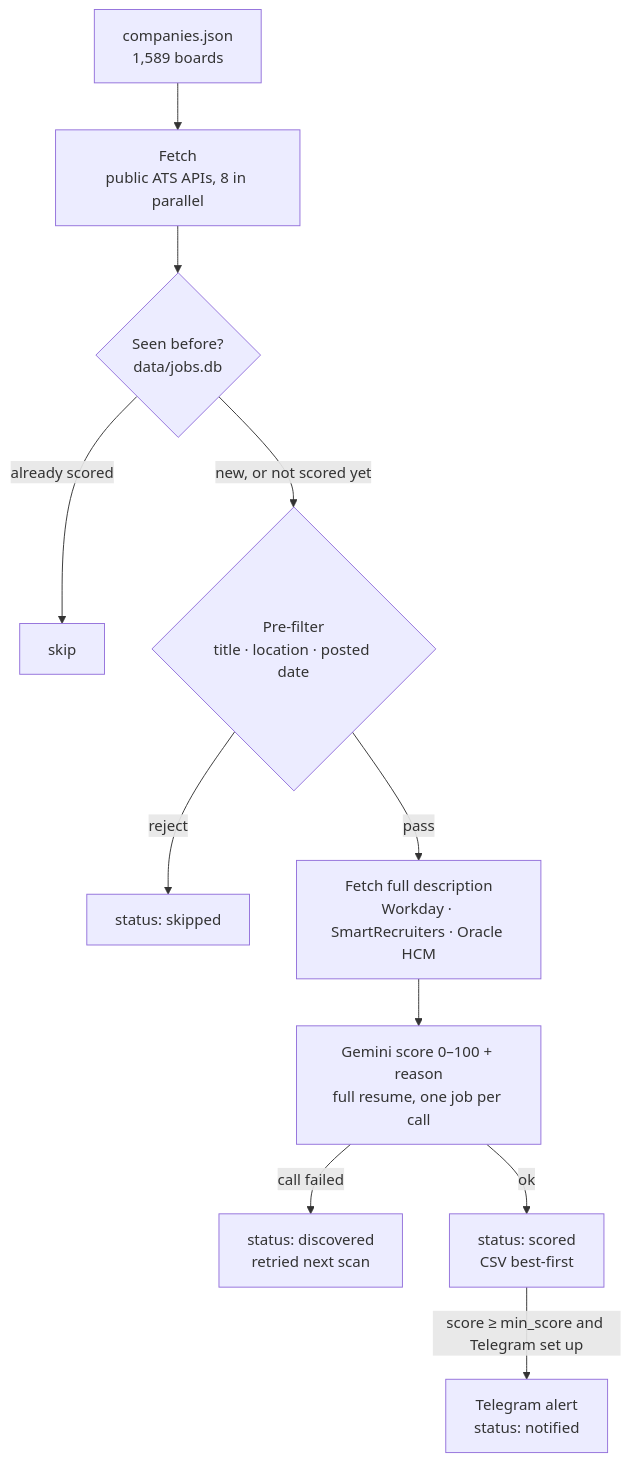
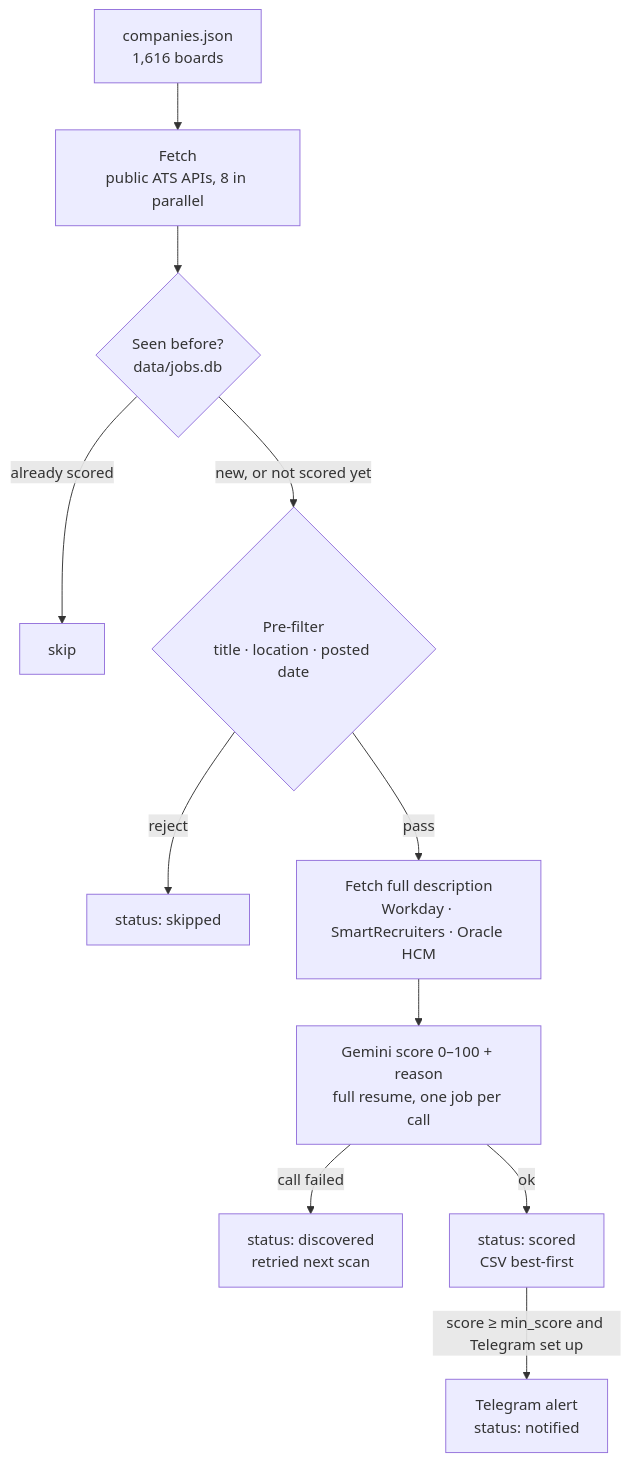
The diagram in README.md (Manish814142/rolesight), drawn with Mermaid before and after one commit. The commit also changed other lines of this file and 12 other files, not shown here.

````diff
--- a/README.md
+++ b/README.md
@@ -86,13 +86,13 @@
 ```mermaid
 flowchart TD
-    C["companies.json<br/>1,589 boards"] --> F["Fetch<br/>public ATS APIs, 8 in parallel"]
+    C["companies.json<br/>1,616 boards"] --> F["Fetch<br/>public ATS APIs, 8 in parallel"]
     F --> D{"Seen before?<br/>data/jobs.db"}
     D -- "already scored" --> X["skip"]
     D -- "new, or not scored yet" --> P{"Pre-filter<br/>title · location · posted date"}
     P -- reject --> S["status: skipped"]
     P -- pass --> E["Fetch full description<br/>Workday · SmartRecruiters · Oracle HCM"]
     E --> G["Gemini score 0–100 + reason<br/>full resume, one job per call"]
     G -- "call failed" --> R["status: discovered<br/>retried next scan"]
     G -- ok --> O["status: scored<br/>CSV best-first"]
     O -- "score ≥ min_score and Telegram set up" --> T["Telegram alert<br/>status: notified"]
 ```
````
